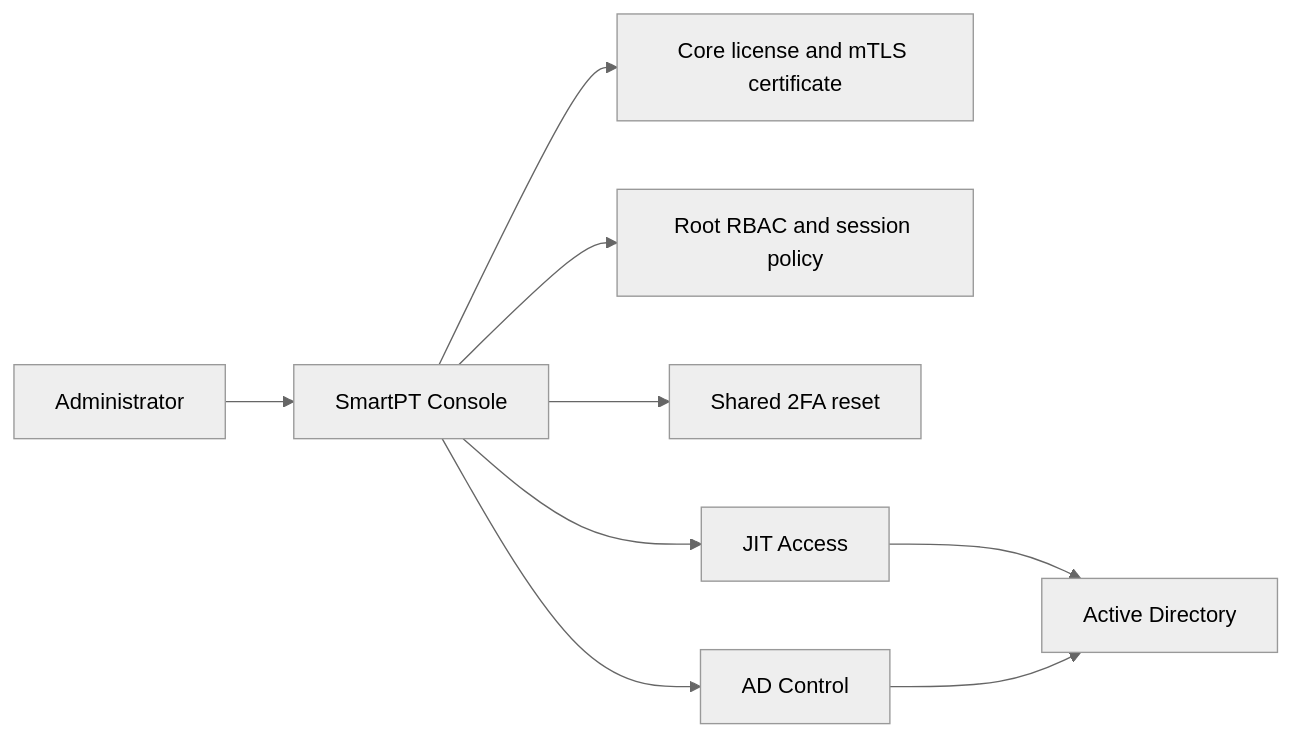
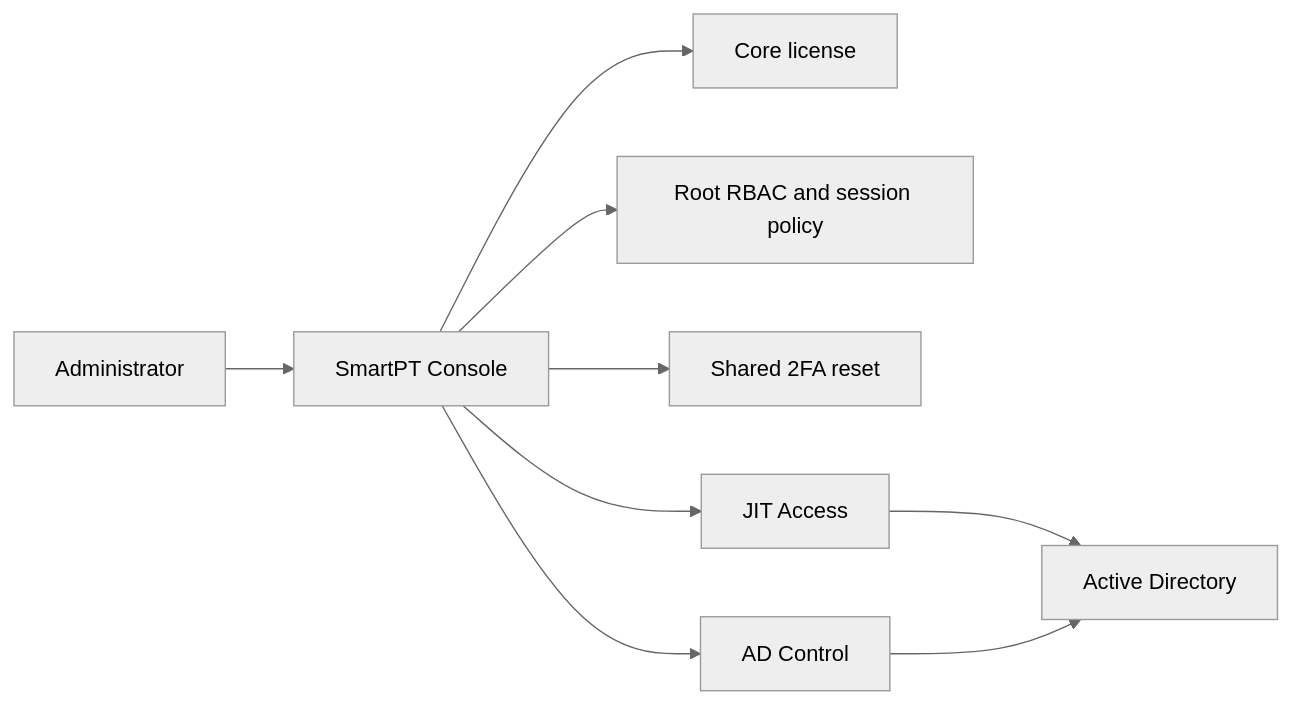
The diagram in docs/core/getting-started.md (SmartPT/smartpt.github.io), drawn with Mermaid (neutral theme) before and after one commit. The commit also changed other lines of this file and 8 other files, not shown here.

Commit message:
Remove mTLS certificate references from docs

````diff
--- a/docs/core/getting-started.md
+++ b/docs/core/getting-started.md
@@ -24,11 +24,11 @@
 ```mermaid
 flowchart LR
   Admin["Administrator"] --> Console["SmartPT Console"]
-  Console --> License["Core license and mTLS certificate"]
+  Console --> License["Core license"]
   Console --> Access["Root RBAC and session policy"]
   Console --> MFA["Shared 2FA reset"]
   Console --> JIT["JIT Access"]
   Console --> ADC["AD Control"]
   JIT --> AD["Active Directory"]
   ADC --> AD
 ```
````
